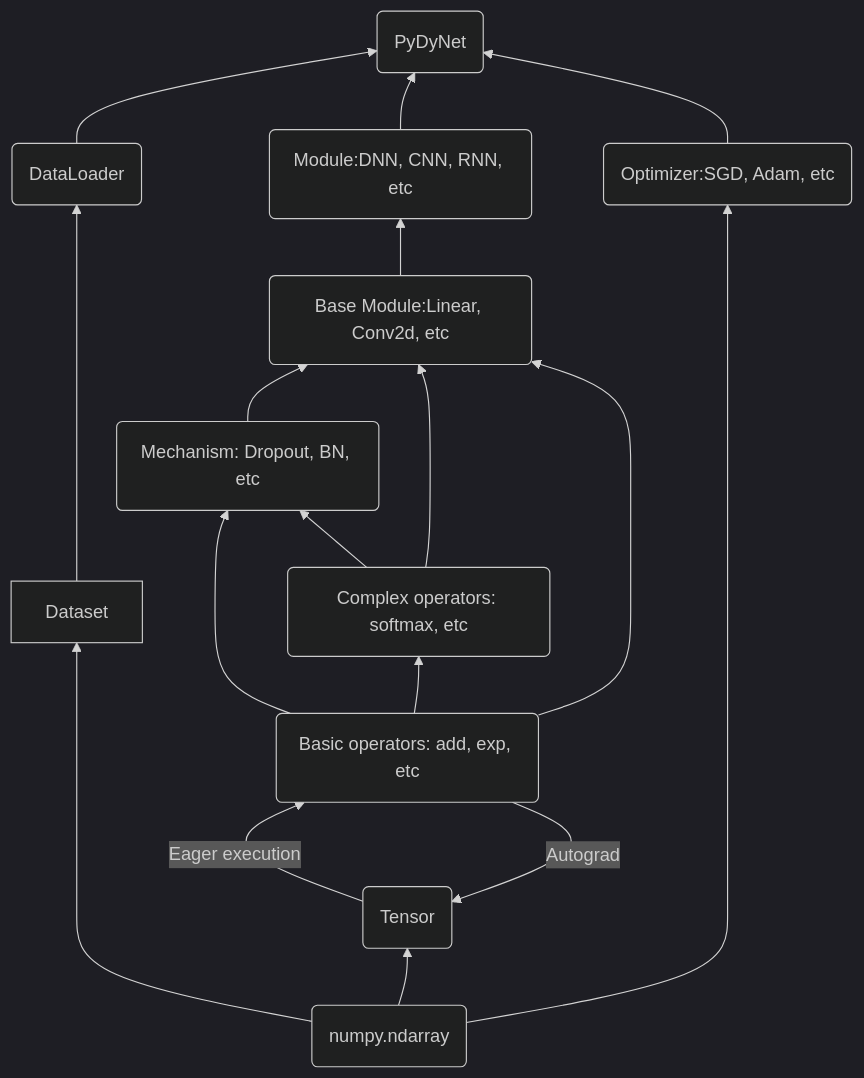
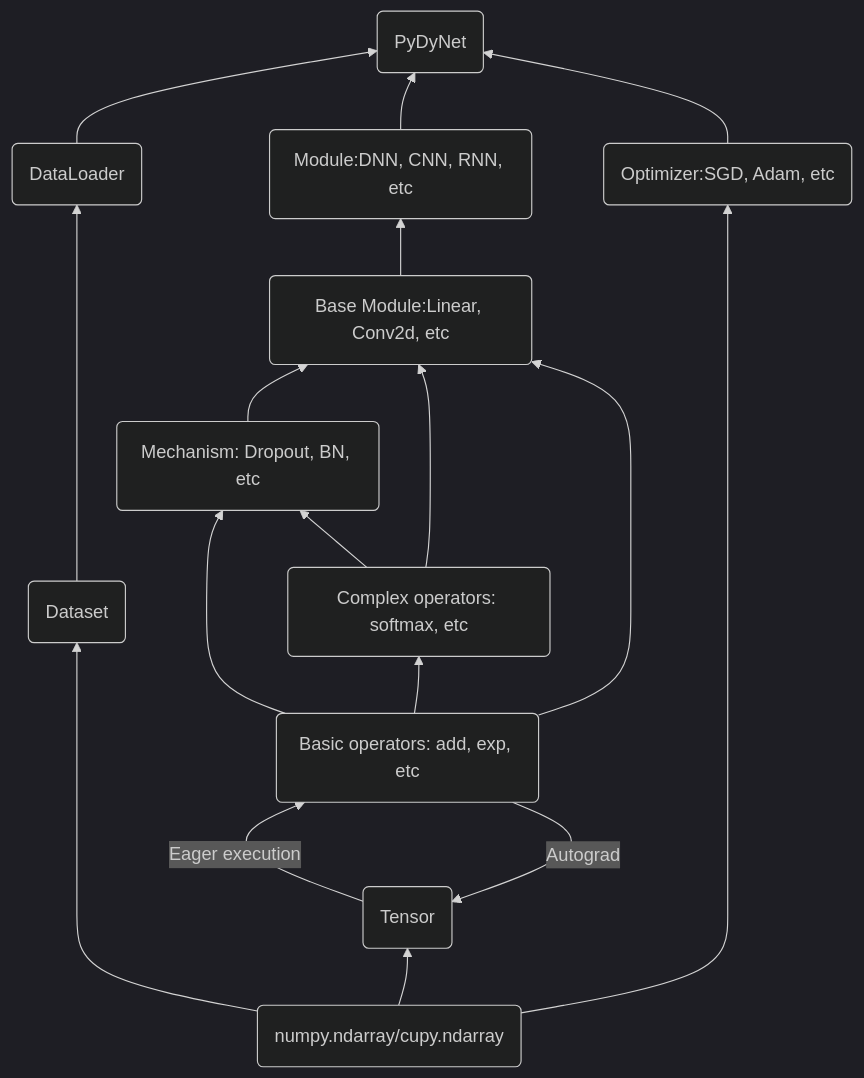
The diagram in README.md (Kaslanarian/PyDyNet), drawn with Mermaid (dark theme) before and after one commit. The commit also changed other lines of this file and 17 other files, not shown here.

````diff
--- a/README.md
+++ b/README.md
@@ -29,18 +30,18 @@
 ```mermaid
 graph BT
-   N ----> Dataset ----> Data(DataLoader)
-   N(numpy.ndarray) --> A(Tensor)
+   N ----> ds(Dataset) ----> Data(DataLoader)
+   N(numpy.ndarray/cupy.ndarray) --> A(Tensor)
    A --Eager execution--> B(Basic operators: add, exp, etc)
    B --> E(Mechanism: Dropout, BN, etc)
    E --> D
    B --> C(Complex operators: softmax, etc)
    C --> E
    B --> D(Base Module:Linear, Conv2d, etc)
    C --> D
    B --Autograd--> A
    N ----> GD(Optimizer:SGD, Adam, etc)
    D --> M(Module:DNN, CNN, RNN, etc)
    M --> Mission(PyDyNet)
    Data --> Mission
    GD --> Mission
 ```
````
